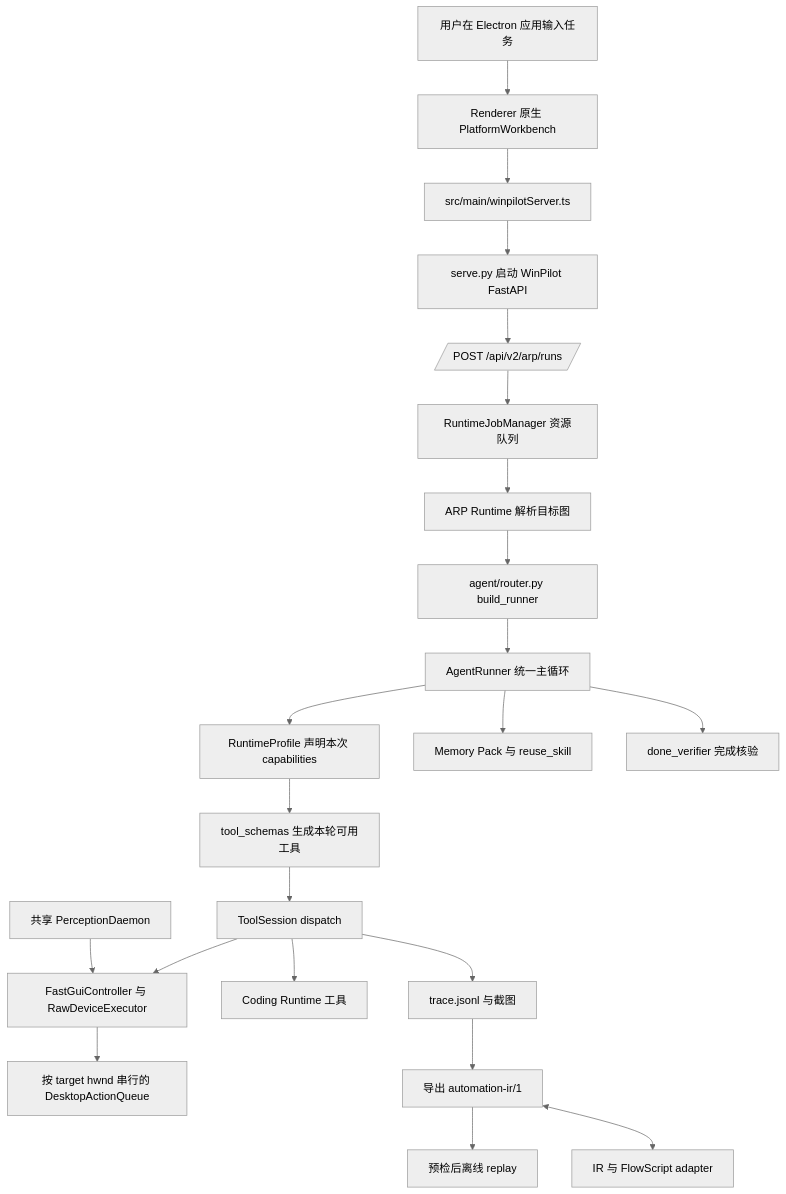
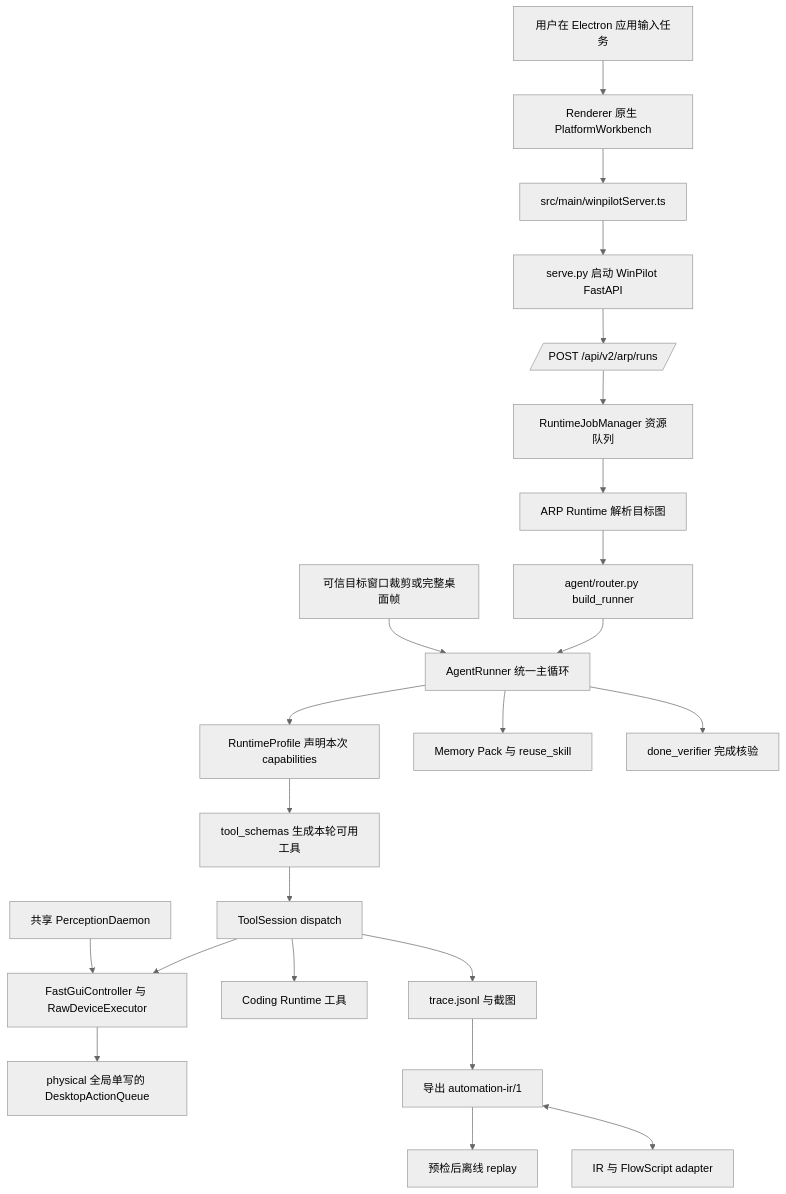
Before and after one commit to zoujiapeng/lingdong-script: the first of 2 diagrams in docs/项目导览-面试版.md, drawn with Mermaid (neutral theme). The commit also changed other lines of this file and 45 other files, not shown here.

````diff
--- a/docs/项目导览-面试版.md
+++ b/docs/项目导览-面试版.md
@@ -75,37 +81,39 @@
 ```mermaid
 flowchart TD
   U[用户在 Electron 应用输入任务]
   R[Renderer 原生 PlatformWorkbench]
   M[src/main/winpilotServer.ts]
   S[serve.py 启动 WinPilot FastAPI]
   API[/POST /api/v2/arp/runs/]
   Jobs[RuntimeJobManager 资源队列]
   ARP[ARP Runtime 解析目标图]
   Router[agent/router.py build_runner]
   Runner[AgentRunner 统一主循环]
   Profile[RuntimeProfile 声明本次 capabilities]
   Schemas[tool_schemas 生成本轮可用工具]
   Session[ToolSession dispatch]
   GUI[FastGuiController 与 RawDeviceExecutor]
-  Queue[按 target hwnd 串行的 DesktopActionQueue]
+  Frame[可信目标窗口裁剪或完整桌面帧]
+  Queue[physical 全局单写的 DesktopActionQueue]
   Perception[共享 PerceptionDaemon]
   Coding[Coding Runtime 工具]
   Memory[Memory Pack 与 reuse_skill]
   Verify[done_verifier 完成核验]
   Trace[trace.jsonl 与截图]
   IR[导出 automation-ir/1]
   Replay[预检后离线 replay]
   Flow[IR 与 FlowScript adapter]
 
   U --> R --> M --> S --> API --> Jobs --> ARP --> Router --> Runner
   Runner --> Profile --> Schemas --> Session
+  Frame --> Runner
   Session --> GUI --> Queue
   Perception --> GUI
   Session --> Coding
   Runner --> Memory
   Runner --> Verify
   Session --> Trace
   Trace --> IR
   IR --> Replay
   IR <--> Flow
 ```
````
